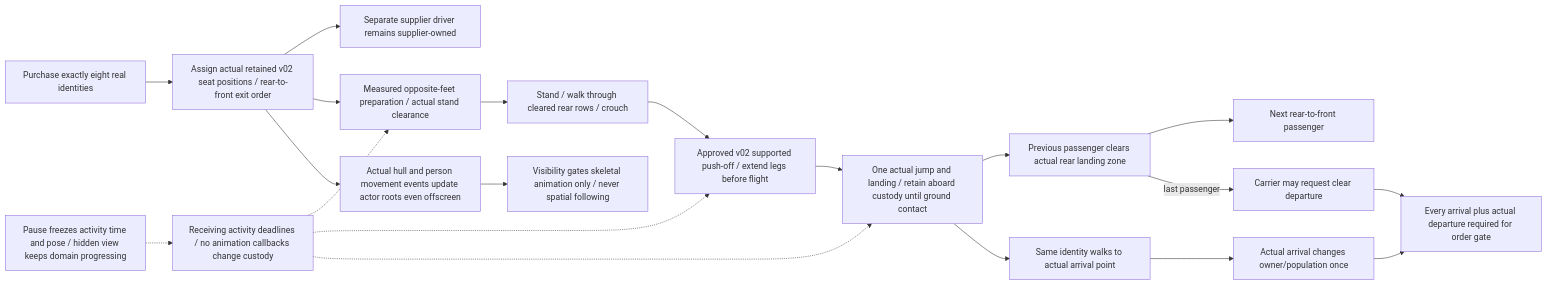
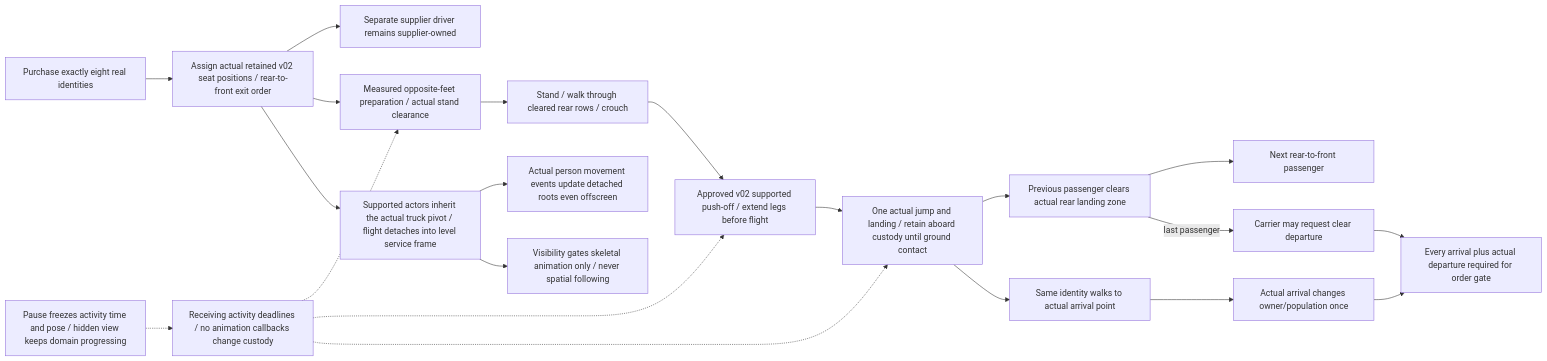
Before and after one commit to TheInfinityIQ/Trencho_V4: the diagram in docs/diagrams/supplier_passengers.mmd, drawn with Mermaid. The commit also changed 5 other files, not shown here.

```diff
--- a/docs/diagrams/supplier_passengers.mmd
+++ b/docs/diagrams/supplier_passengers.mmd
@@ -1,20 +1,21 @@
 flowchart LR
   Buy[Purchase exactly eight real identities] --> Seats[Assign actual retained v02 seat positions / rear-to-front exit order]
   Seats --> Driver[Separate supplier driver remains supplier-owned]
   Seats --> Prep[Measured opposite-feet preparation / actual stand clearance]
   Prep --> Rear[Stand / walk through cleared rear rows / crouch]
   Rear --> Push[Approved v02 supported push-off / extend legs before flight]
   Push --> Jump[One actual jump and landing / retain aboard custody until ground contact]
   Jump --> Clear[Previous passenger clears actual rear landing zone]
   Clear --> Next[Next rear-to-front passenger]
   Jump --> Walk[Same identity walks to actual arrival point]
   Walk --> Admit[Actual arrival changes owner/population once]
   Clear -->|last passenger| Depart[Carrier may request clear departure]
   Admit --> Gate[Every arrival plus actual departure required for order gate]
   Depart --> Gate
   Clock[Receiving activity deadlines / no animation callbacks change custody] -.-> Prep
   Clock -.-> Push
   Clock -.-> Jump
   Pause[Pause freezes activity time and pose / hidden view keeps domain progressing] -.-> Clock
-  Seats --> Pose[Actual hull and person movement events update actor roots even offscreen]
+  Seats --> Pose[Supported actors inherit the actual truck pivot / flight detaches into level service frame]
+  Pose --> Ground[Actual person movement events update detached roots even offscreen]
   Pose --> Visible[Visibility gates skeletal animation only / never spatial following]
```
